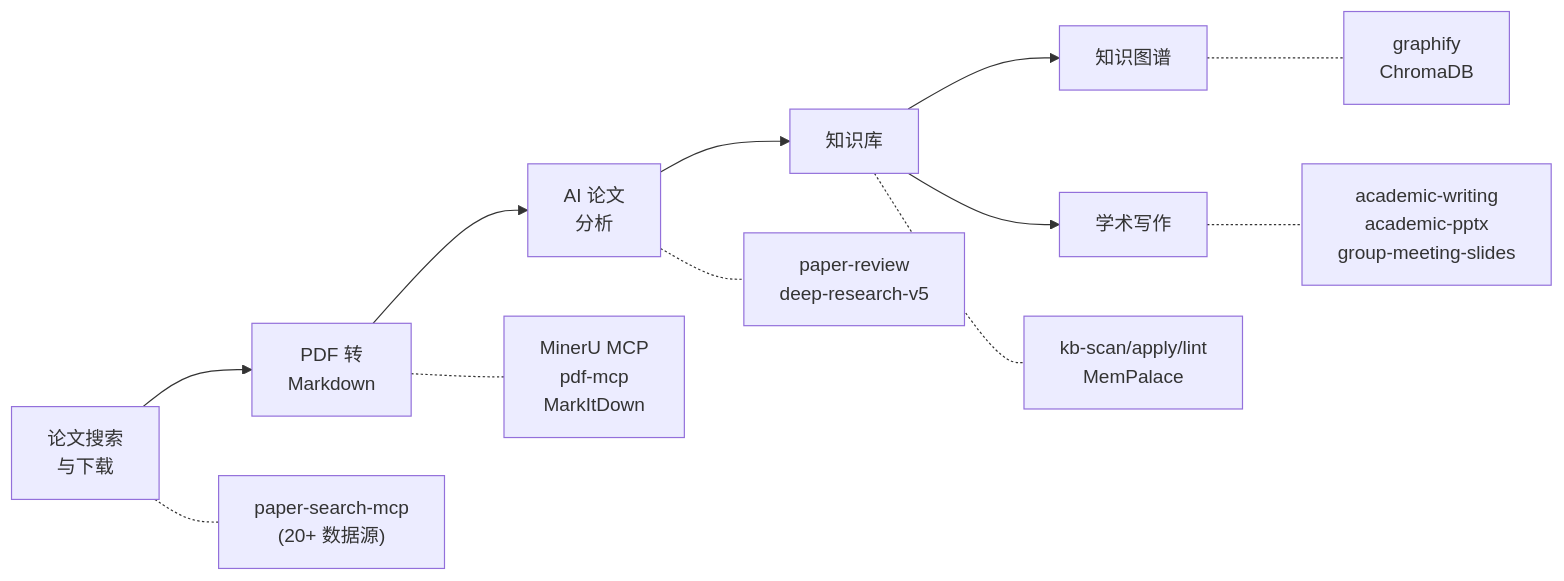
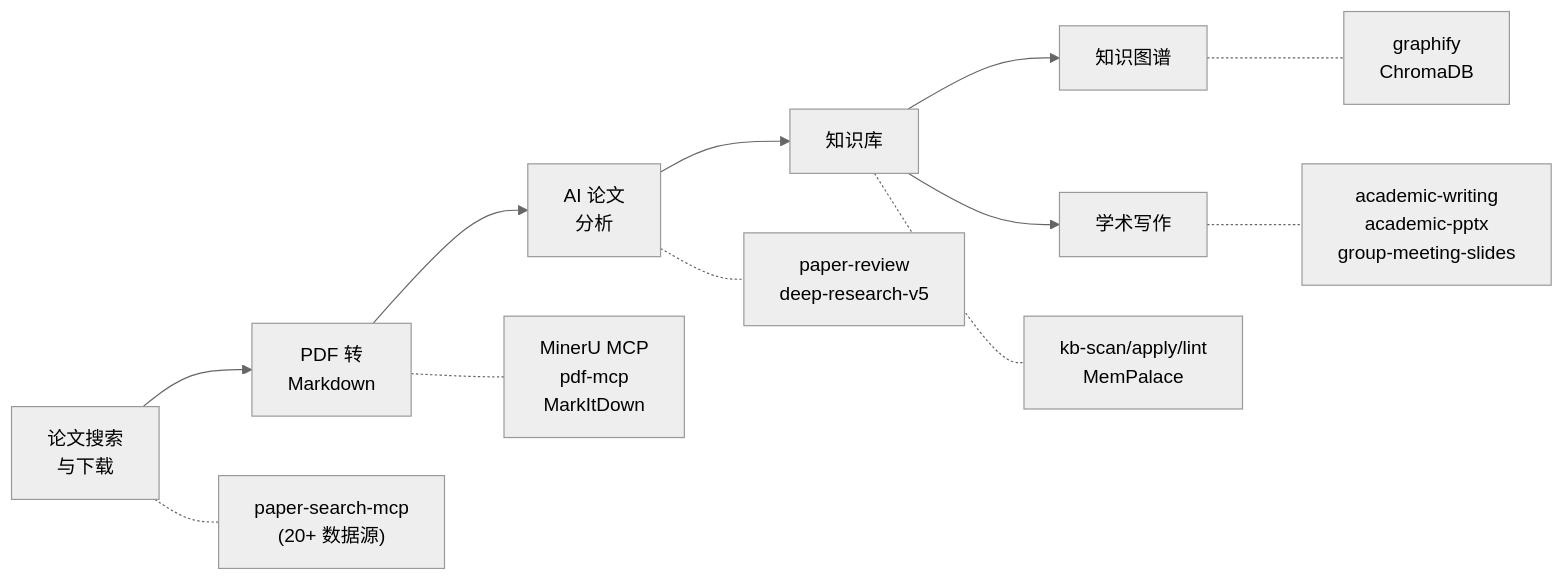
Before and after one commit to debug-zhuweijian/ai-research-toolkit: the diagram in README.zh-CN.md, drawn with Mermaid. The commit also changed 1 other file, not shown here.

Commit message:
fix: translate Chinese text in EN README + dark mode Mermaid theme
- Translate 3 lines of untranslated Chinese in English README Quick Start
- Add %%{init: {'theme': 'neutral'}}%% to both Mermaid diagrams for
  better dark/light mode compatibility on GitHub

````diff
--- a/README.zh-CN.md
+++ b/README.zh-CN.md
@@ -19,15 +19,16 @@
 ```mermaid
+%%{init: {'theme': 'neutral'}}%%
 flowchart LR
     A["论文搜索\n与下载"] --> B["PDF 转\nMarkdown"]
     B --> C["AI 论文\n分析"]
     C --> D["知识库"]
     D --> E["知识图谱"]
     D --> F["学术写作"]
 
     A -.- A1["paper-search-mcp\n(20+ 数据源)"]
     B -.- B1["MinerU MCP\npdf-mcp\nMarkItDown"]
     C -.- C1["paper-review\ndeep-research-v5"]
     D -.- D1["kb-scan/apply/lint\nMemPalace"]
     E -.- E1["graphify\nChromaDB"]
     F -.- F1["academic-writing\nacademic-pptx\ngroup-meeting-slides"]
 ```
````
